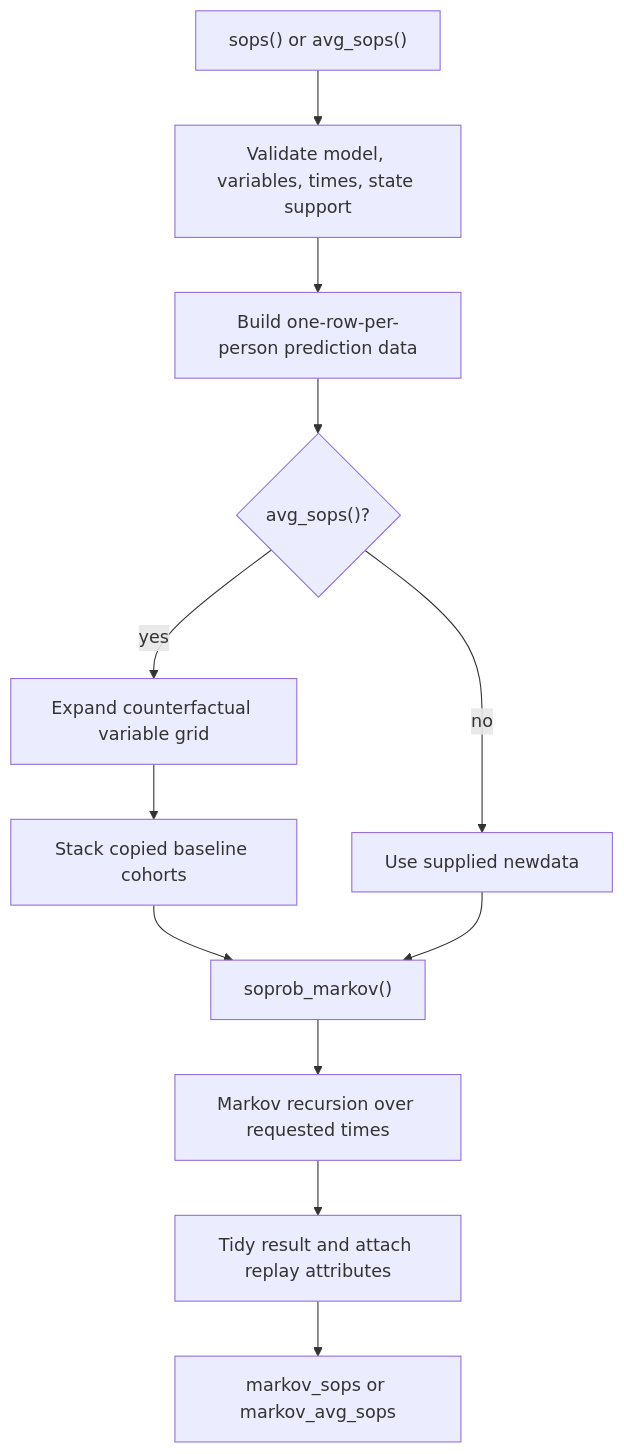
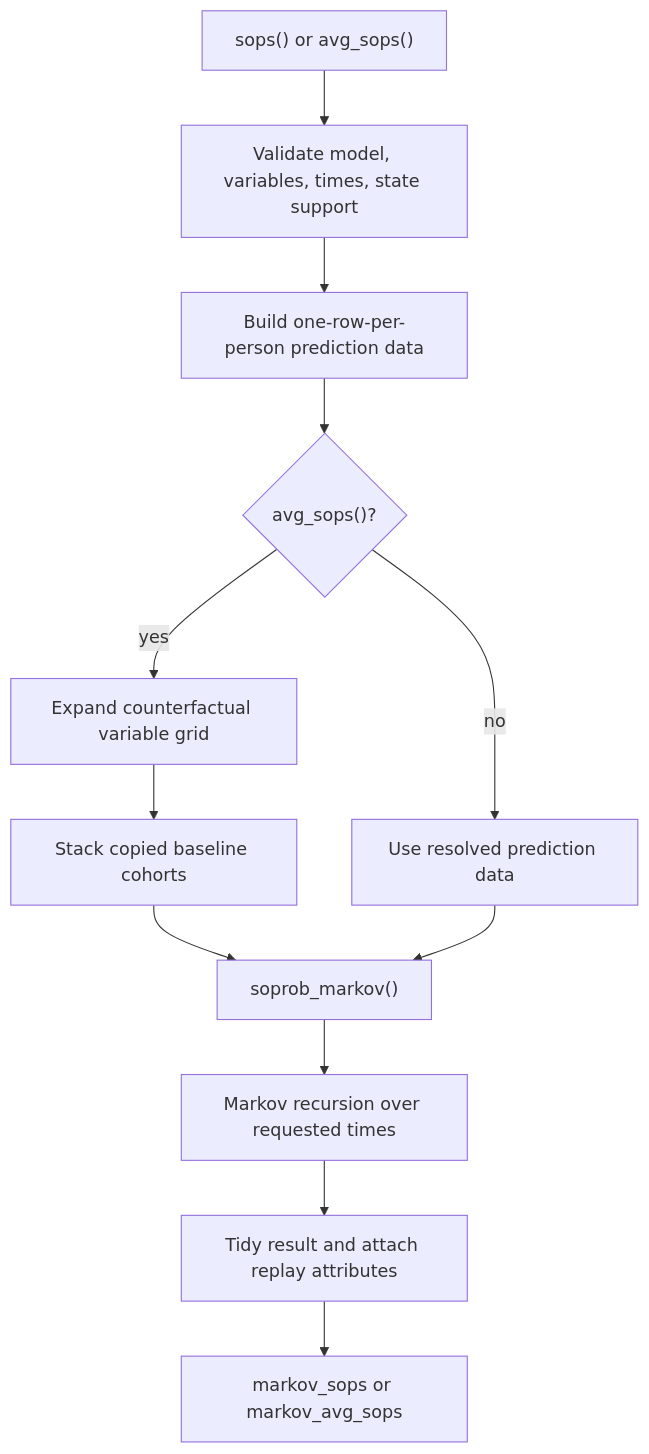
One commit to scjohannes/markov.misc changed the third of 6 diagrams in ARCHITECTURE.md. Above: the diagram before and after it, drawn with Mermaid. The commit also changed other lines of this file and 10 other files, not shown here.

````diff
--- a/ARCHITECTURE.md
+++ b/ARCHITECTURE.md
@@ -249,14 +254,14 @@
 ```mermaid
 flowchart TD
   CALL["sops() or avg_sops()"] --> VALIDATE["Validate model, variables, times, state support"]
   VALIDATE --> BASELINE["Build one-row-per-person prediction data"]
   BASELINE --> CF{"avg_sops()?"}
   CF -- "yes" --> GRID["Expand counterfactual variable grid"]
   GRID --> STACK["Stack copied baseline cohorts"]
-  CF -- "no" --> DIRECT["Use supplied newdata"]
+  CF -- "no" --> DIRECT["Use resolved prediction data"]
   STACK --> ARRAY["soprob_markov()"]
   DIRECT --> ARRAY
   ARRAY --> RECURSE["Markov recursion over requested times"]
   RECURSE --> SHAPE["Tidy result and attach replay attributes"]
   SHAPE --> OUT["markov_sops or markov_avg_sops"]
 ```
````
